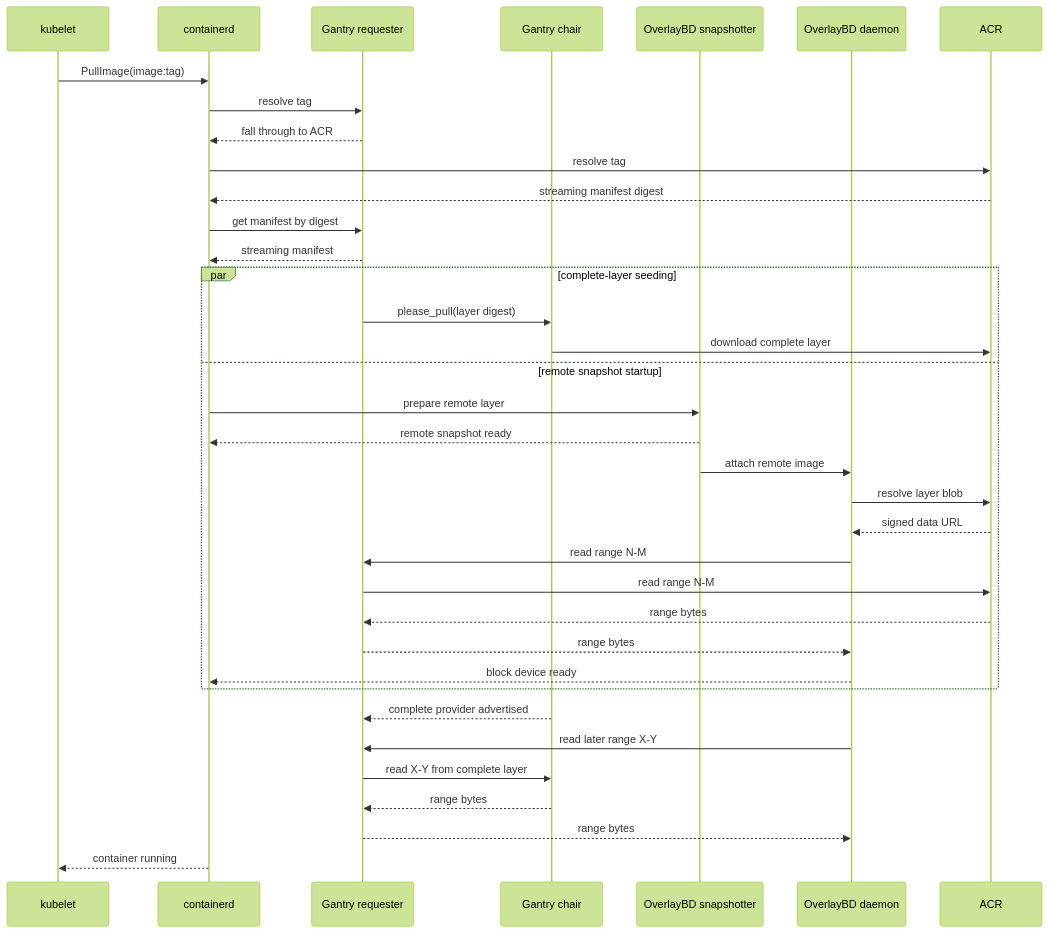
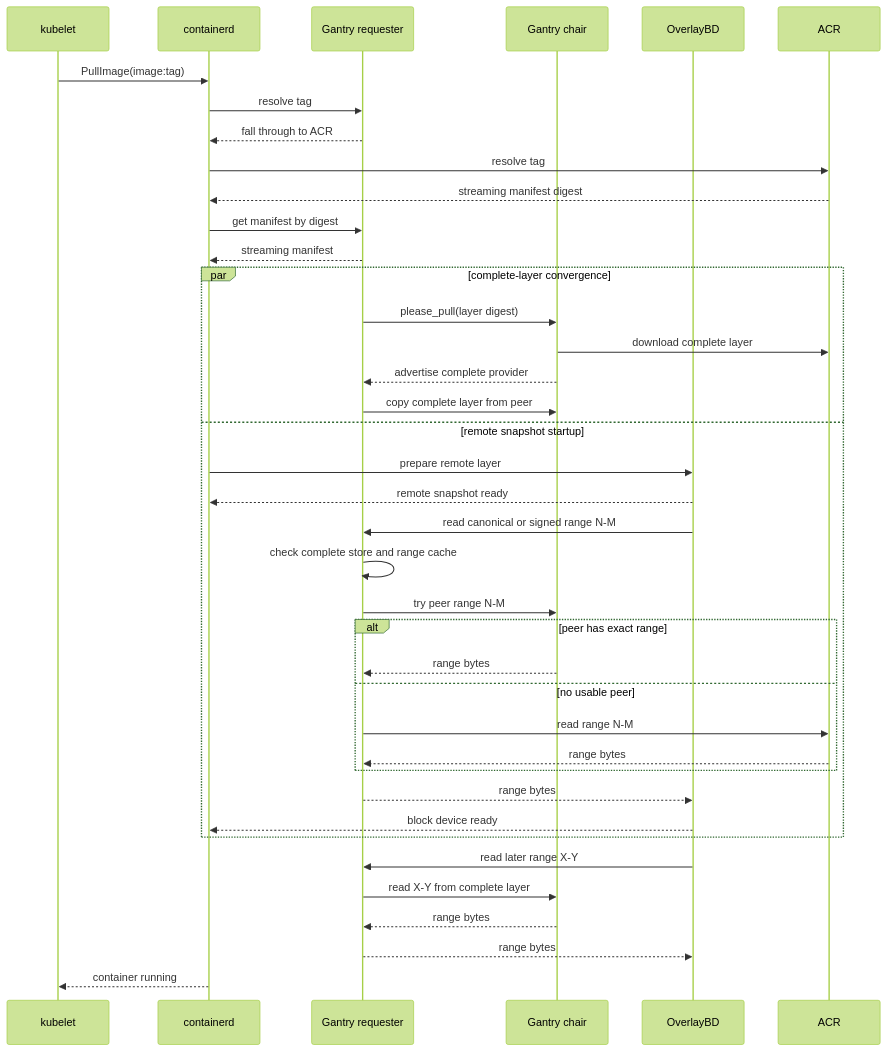
The diagram in designs/gantry-acr-artifact-streaming.md (Azure/unbounded), drawn with Mermaid (forest theme) before and after one commit. The commit also changed other lines of this file, not shown here.

````diff
--- a/designs/gantry-acr-artifact-streaming.md
+++ b/designs/gantry-acr-artifact-streaming.md
@@ -232,41 +281,44 @@
 ```mermaid
 sequenceDiagram
     participant K as kubelet
     participant C as containerd
     participant G as Gantry requester
     participant CH as Gantry chair
-    participant S as OverlayBD snapshotter
-    participant O as OverlayBD daemon
+    participant S as OverlayBD
     participant A as ACR
 
     K->>C: PullImage(image:tag)
     C->>G: resolve tag
     G-->>C: fall through to ACR
     C->>A: resolve tag
     A-->>C: streaming manifest digest
     C->>G: get manifest by digest
     G-->>C: streaming manifest
 
-    par complete-layer seeding
+    par complete-layer convergence
         G->>CH: please_pull(layer digest)
         CH->>A: download complete layer
+      CH-->>G: advertise complete provider
+      G->>CH: copy complete layer from peer
     and remote snapshot startup
         C->>S: prepare remote layer
         S-->>C: remote snapshot ready
-        S->>O: attach remote image
-        O->>A: resolve layer blob
-        A-->>O: signed data URL
-        O->>G: read range N-M
+      S->>G: read canonical or signed range N-M
+      G->>G: check complete store and range cache
+      G->>CH: try peer range N-M
+      alt peer has exact range
+        CH-->>G: range bytes
+      else no usable peer
         G->>A: read range N-M
         A-->>G: range bytes
-        G-->>O: range bytes
-        O-->>C: block device ready
+      end
+      G-->>S: range bytes
+      S-->>C: block device ready
     end
 
-    CH-->>G: complete provider advertised
-    O->>G: read later range X-Y
+    S->>G: read later range X-Y
     G->>CH: read X-Y from complete layer
     CH-->>G: range bytes
-    G-->>O: range bytes
+    G-->>S: range bytes
     C-->>K: container running
 ```
````
